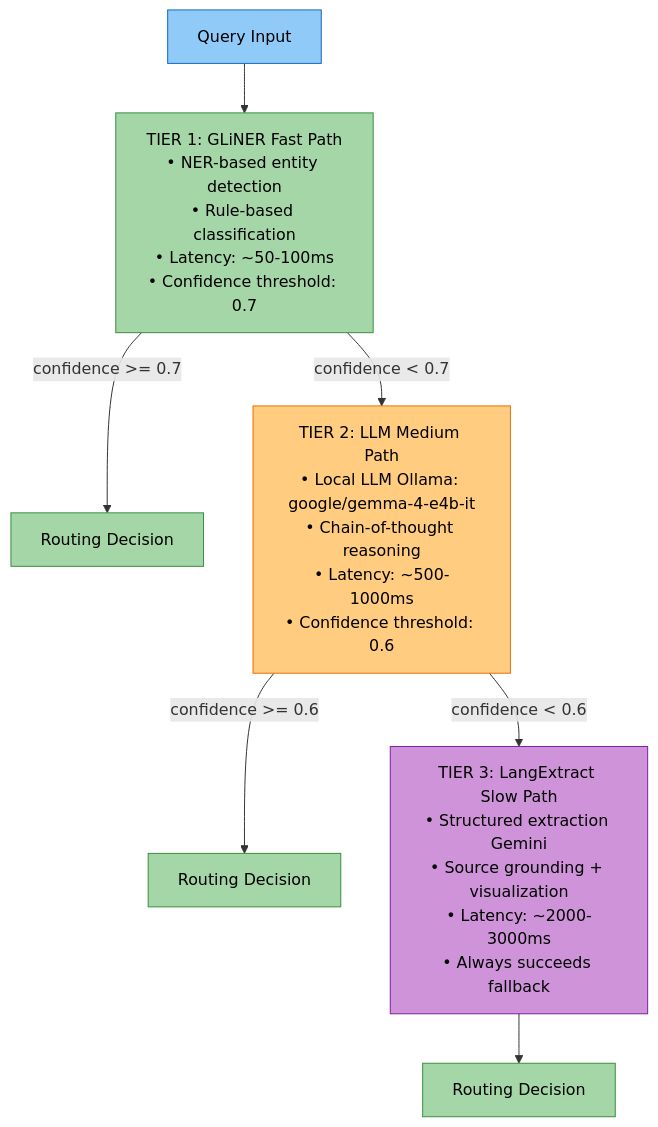
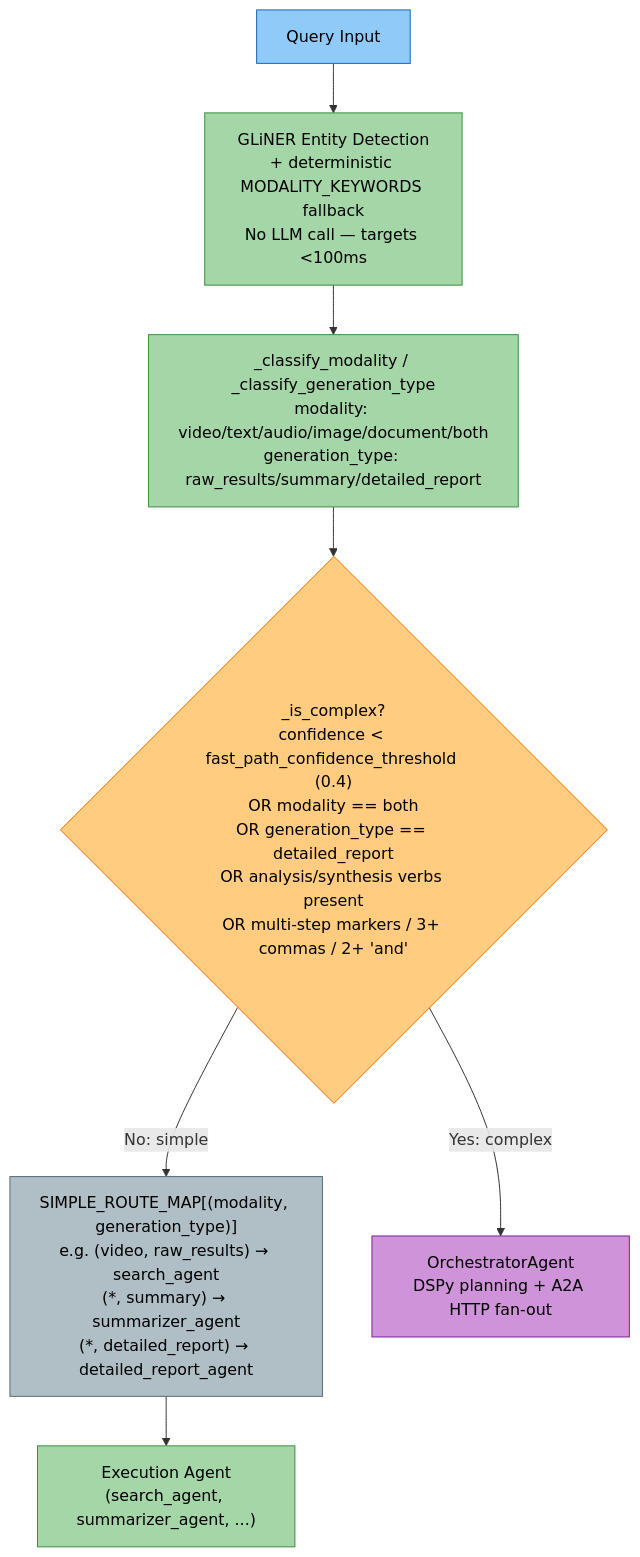
Before and after one commit to amit-jain/cogniverse: the first of 4 diagrams in docs/modules/routing.md, drawn with Mermaid. The commit also changed other lines of this file and 50 other files, not shown here.

First line of the commit message:
Complete and verify docs against code with mermaid palette

````diff
--- a/docs/modules/routing.md
+++ b/docs/modules/routing.md
@@ -54,20 +77,22 @@
 ```mermaid
 flowchart TB
-    QueryInput["<span style='color:#000'>Query Input</span>"] --> Tier1["<span style='color:#000'>TIER 1: GLiNER Fast Path<br/>• NER-based entity detection<br/>• Rule-based classification<br/>• Latency: ~50-100ms<br/>• Confidence threshold: 0.7</span>"]
+    QueryInput["<span style='color:#000'>Query Input</span>"] --> GLiNER["<span style='color:#000'>GLiNER Entity Detection<br/>+ deterministic MODALITY_KEYWORDS fallback<br/>No LLM call — targets &lt;100ms</span>"]
 
-    Tier1 -->|confidence >= 0.7| Decision1["<span style='color:#000'>Routing Decision</span>"]
-    Tier1 -->|confidence < 0.7| Tier2["<span style='color:#000'>TIER 2: LLM Medium Path<br/>• Local LLM Ollama: google/gemma-4-e4b-it<br/>• Chain-of-thought reasoning<br/>• Latency: ~500-1000ms<br/>• Confidence threshold: 0.6</span>"]
+    GLiNER --> Classify["<span style='color:#000'>_classify_modality / _classify_generation_type<br/>modality: video/text/audio/image/document/both<br/>generation_type: raw_results/summary/detailed_report</span>"]
 
-    Tier2 -->|confidence >= 0.6| Decision2["<span style='color:#000'>Routing Decision</span>"]
-    Tier2 -->|confidence < 0.6| Tier3["<span style='color:#000'>TIER 3: LangExtract Slow Path<br/>• Structured extraction Gemini<br/>• Source grounding + visualization<br/>• Latency: ~2000-3000ms<br/>• Always succeeds fallback</span>"]
+    Classify --> IsComplex{"<span style='color:#000'>_is_complex?<br/>confidence &lt; fast_path_confidence_threshold (0.4)<br/>OR modality == both<br/>OR generation_type == detailed_report<br/>OR analysis/synthesis verbs present<br/>OR multi-step markers / 3+ commas / 2+ 'and'</span>"}
 
-    Tier3 --> Decision3["<span style='color:#000'>Routing Decision</span>"]
+    IsComplex -->|No: simple| RouteMap["<span style='color:#000'>SIMPLE_ROUTE_MAP[(modality, generation_type)]<br/>e.g. (video, raw_results) → search_agent<br/>(*, summary) → summarizer_agent<br/>(*, detailed_report) → detailed_report_agent</span>"]
+
+    IsComplex -->|Yes: complex| Orchestrator["<span style='color:#000'>OrchestratorAgent<br/>DSPy planning + A2A HTTP fan-out</span>"]
+
+    RouteMap --> ExecAgent["<span style='color:#000'>Execution Agent<br/>(search_agent, summarizer_agent, ...)</span>"]
 
     style QueryInput fill:#90caf9,stroke:#1565c0,color:#000
-    style Tier1 fill:#a5d6a7,stroke:#388e3c,color:#000
-    style Tier2 fill:#ffcc80,stroke:#ef6c00,color:#000
-    style Tier3 fill:#ce93d8,stroke:#7b1fa2,color:#000
-    style Decision1 fill:#a5d6a7,stroke:#388e3c,color:#000
-    style Decision2 fill:#a5d6a7,stroke:#388e3c,color:#000
-    style Decision3 fill:#a5d6a7,stroke:#388e3c,color:#000
+    style GLiNER fill:#a5d6a7,stroke:#388e3c,color:#000
+    style Classify fill:#a5d6a7,stroke:#388e3c,color:#000
+    style IsComplex fill:#ffcc80,stroke:#ef6c00,color:#000
+    style RouteMap fill:#b0bec5,stroke:#546e7a,color:#000
+    style Orchestrator fill:#ce93d8,stroke:#7b1fa2,color:#000
+    style ExecAgent fill:#a5d6a7,stroke:#388e3c,color:#000
 ```
````
